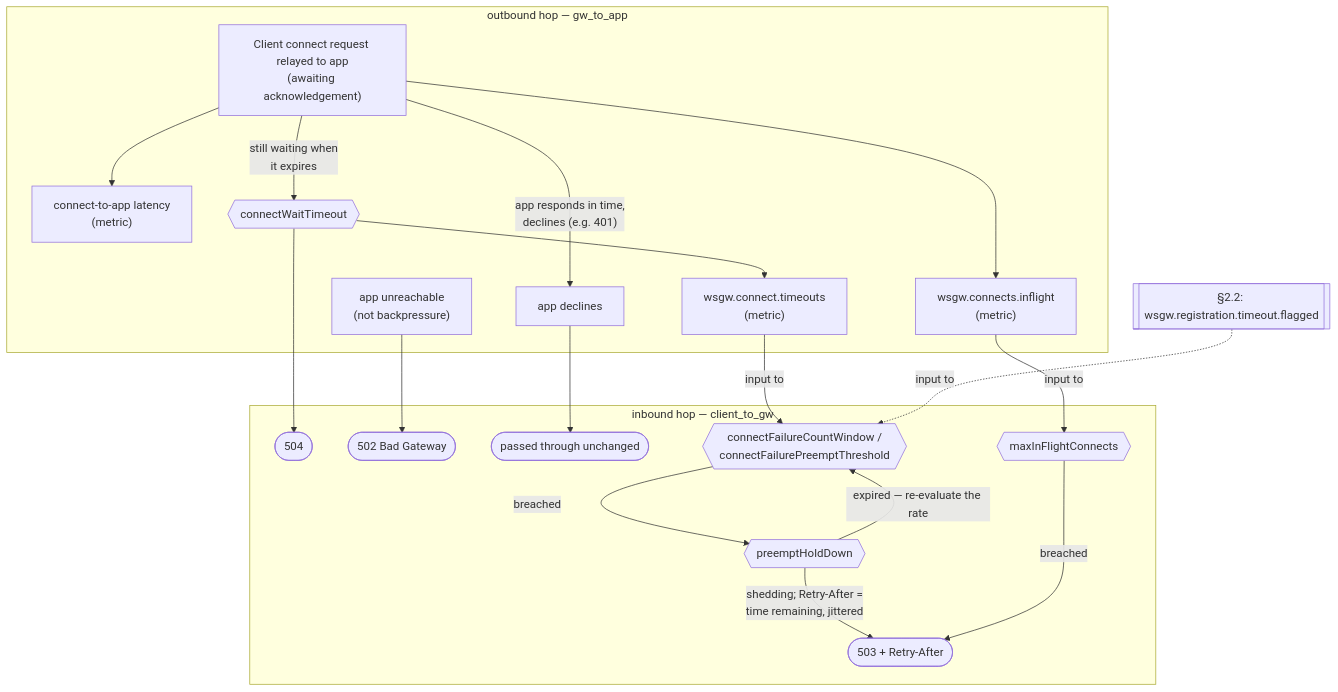
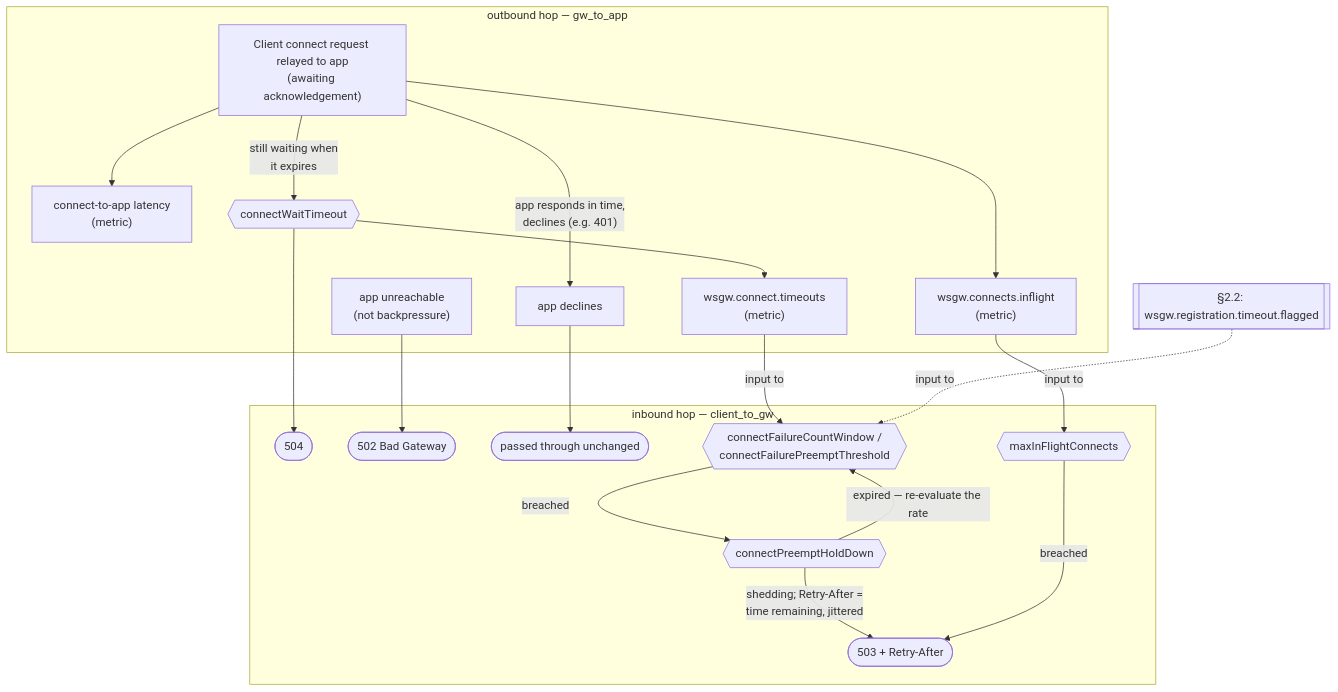
One commit to pdkovacs/wsgw-jakarta changed the third of 4 diagrams in docs/backpressure.md. Above: the diagram before and after it, drawn with Mermaid. The commit also changed other lines of this file and 12 other files, not shown here.

````diff
--- a/docs/backpressure.md
+++ b/docs/backpressure.md
@@ -424,33 +447,33 @@
 ```mermaid
 flowchart TD
     subgraph inbound["inbound hop — client_to_gw"]
         Sig504(["504"])
         Sig502(["502 Bad Gateway"])
         SigPass(["passed through unchanged"])
         KnobMaxInFlight{{"maxInFlightConnects"}}
         KnobPreempt{{"connectFailureCountWindow /\nconnectFailurePreemptThreshold"}}
-        KnobHoldDown{{"preemptHoldDown"}}
+        KnobHoldDown{{"connectPreemptHoldDown"}}
         Sig503(["503 + Retry-After"])
         KnobPreempt -->|"breached"| KnobHoldDown
         KnobHoldDown -->|"expired — re-evaluate the rate"| KnobPreempt
         KnobHoldDown -->|"shedding; Retry-After =\ntime remaining, jittered"| Sig503
         KnobMaxInFlight -->|"breached"| Sig503
     end
 
     subgraph outbound["outbound hop — gw_to_app"]
         C0["Client connect request relayed to app\n(awaiting acknowledgement)"]
         C0 --> MetricInFlight["wsgw.connects.inflight\n(metric)"]
         C0 --> MetricLatency["connect-to-app latency\n(metric)"]
         C0 -->|"still waiting when\nit expires"| KnobTimeout{{"connectWaitTimeout"}}
         KnobTimeout --> MetricTimeoutCount["wsgw.connect.timeouts\n(metric)"]
         C0 -->|"app responds in time,\ndeclines (e.g. 401)"| AppDeclined["app declines"]
         AppUnreachable["app unreachable\n(not backpressure)"]
     end
 
     MetricInFlight -->|"input to"| KnobMaxInFlight
     MetricTimeoutCount -->|"input to"| KnobPreempt
     ExtTerm[["§2.2: wsgw.registration.timeout.flagged"]] -.->|"input to"| KnobPreempt
     KnobTimeout --> Sig504
     AppDeclined --> SigPass
     AppUnreachable --> Sig502
 ```
````
